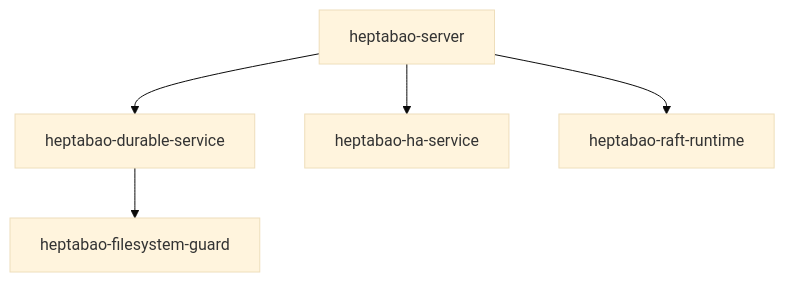
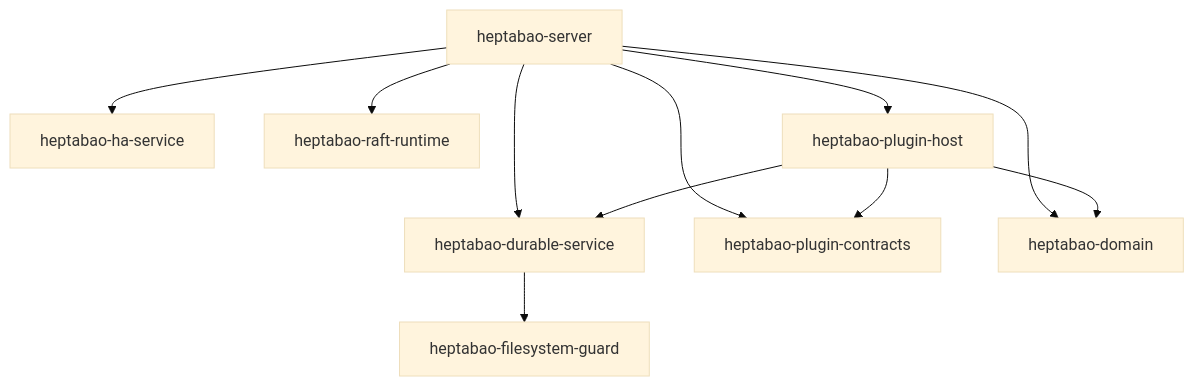
One commit to TrillionniumFoundation/HeptaBao changed the first of 2 diagrams in docs/architecture/HEPTABAO_CURRENT_RUNTIME_ARCHITECTURE.md. Above: the diagram before and after it, drawn with Mermaid (base theme). The commit also changed other lines of this file, not shown here.

````diff
--- a/docs/architecture/HEPTABAO_CURRENT_RUNTIME_ARCHITECTURE.md
+++ b/docs/architecture/HEPTABAO_CURRENT_RUNTIME_ARCHITECTURE.md
@@ -9,7 +9,13 @@
 ```mermaid
 flowchart TD
     Server["heptabao-server"] --> Durable["heptabao-durable-service"]
     Server --> Transport["heptabao-ha-service"]
     Server --> Raft["heptabao-raft-runtime"]
+    Server --> PluginHost["heptabao-plugin-host"]
+    Server --> PluginContracts["heptabao-plugin-contracts"]
+    Server --> Domain["heptabao-domain"]
+    PluginHost --> PluginContracts
+    PluginHost --> Domain
+    PluginHost --> Durable
     Durable --> Guard["heptabao-filesystem-guard"]
 ```
````
